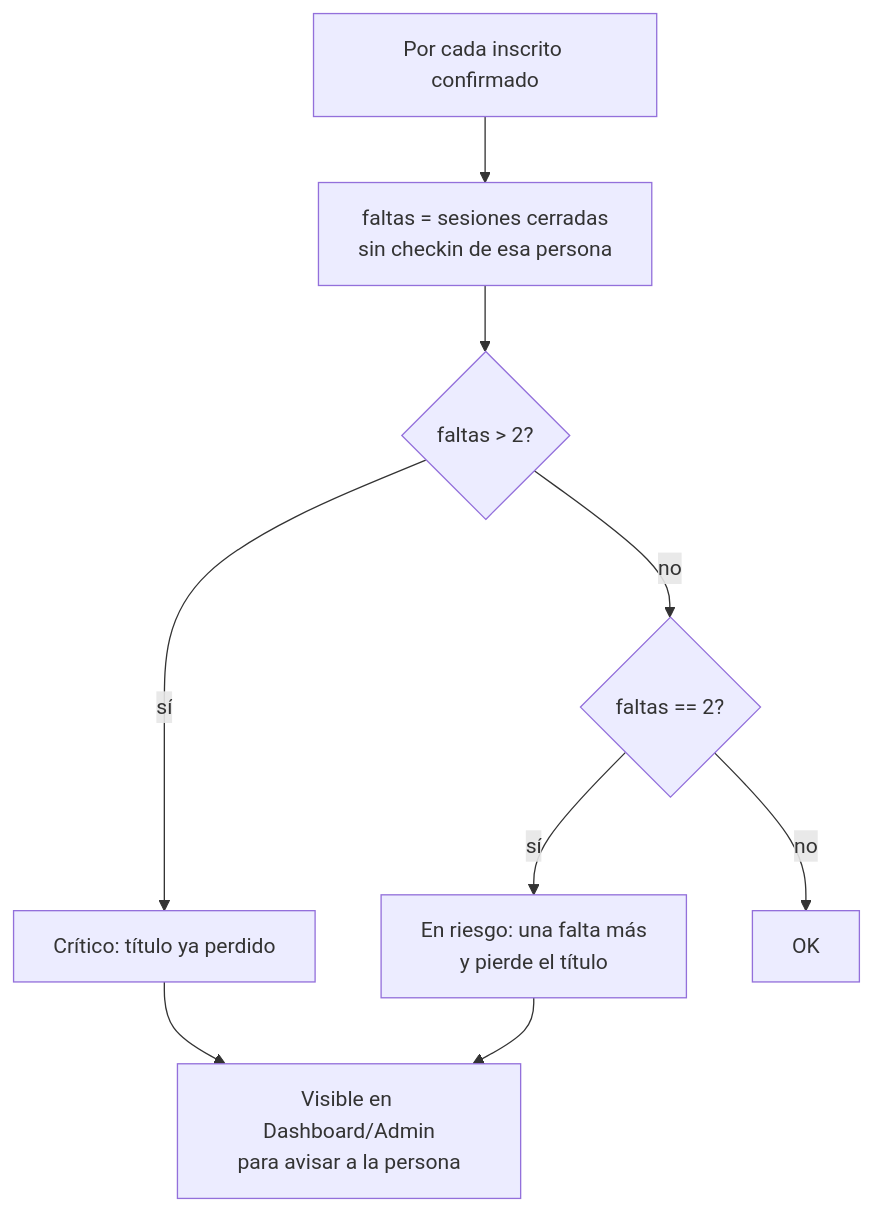
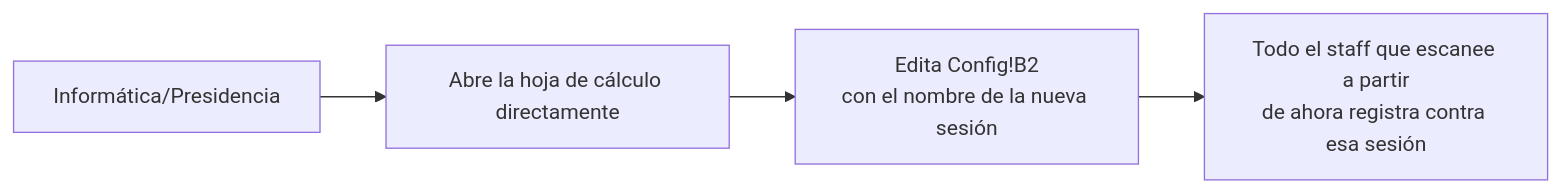
Before and after one commit to paulans17/AJ-app: the fifth of 5 diagrams in docs/FLOWS.md, drawn with Mermaid. The commit also changed other lines of this file and 9 other files, not shown here.

First line of the commit message:
Pivote: backend de Google Sheets + Apps Script (real, no Firestore) para Staff AJapp

````diff
--- a/docs/FLOWS.md
+++ b/docs/FLOWS.md
@@ -104,11 +95,6 @@
 ```mermaid
-flowchart TD
-    A[Por cada inscrito confirmado] --> B[faltas = sesiones cerradas<br/>sin checkin de esa persona]
-    B --> C{faltas > 2?}
-    C -- sí --> D[Crítico: título ya perdido]
-    C -- no --> E{faltas == 2?}
-    E -- sí --> F[En riesgo: una falta más<br/>y pierde el título]
-    E -- no --> G[OK]
-    D --> H[Visible en Dashboard/Admin<br/>para avisar a la persona]
-    F --> H
+flowchart LR
+    A[Informática/Presidencia] --> B[Abre la hoja de cálculo directamente]
+    B --> C[Edita Config!B2<br/>con el nombre de la nueva sesión]
+    C --> D[Todo el staff que escanee a partir<br/>de ahora registra contra esa sesión]
 ```
````
